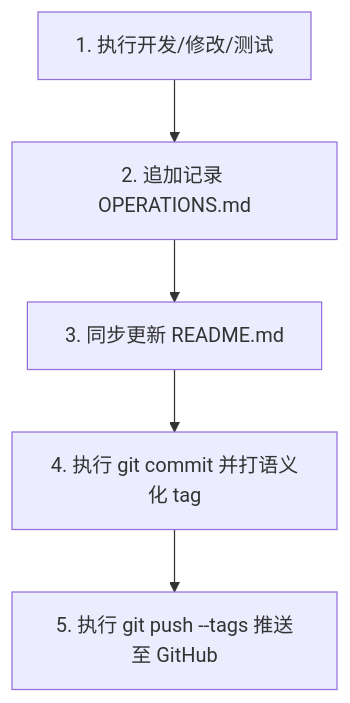
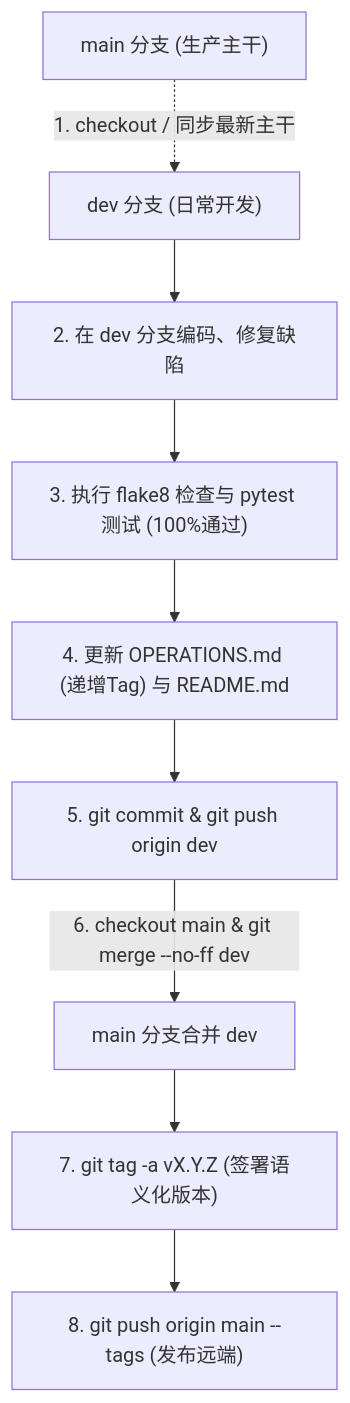
One commit to 6jbw6/Gomoku changed the second of 2 diagrams in OPERATIONS.md. Above: the diagram before and after it, drawn with Mermaid. The commit also changed other lines of this file and 1 other file, not shown here.

Commit message:
docs: 建立 main + dev 双分支开发工作流规范 (v1.0.9)

````diff
--- a/OPERATIONS.md
+++ b/OPERATIONS.md
@@ -185,7 +221,11 @@
 ```mermaid
 flowchart TD
-    A["1. 执行开发/修改/测试"] --> B["2. 追加记录 OPERATIONS.md"]
-    B --> C["3. 同步更新 README.md"]
-    C --> D["4. 执行 git commit 并打语义化 tag"]
-    D --> E["5. 执行 git push --tags 推送至 GitHub"]
+    M_START["main 分支 (生产主干)"] -.->|"1. checkout / 同步最新主干"| D_START["dev 分支 (日常开发)"]
+    D_START --> D_CODE["2. 在 dev 分支编码、修复缺陷"]
+    D_CODE --> D_TEST["3. 执行 flake8 检查与 pytest 测试 (100%通过)"]
+    D_TEST --> D_DOCS["4. 更新 OPERATIONS.md (递增Tag) 与 README.md"]
+    D_DOCS --> D_COMMIT["5. git commit & git push origin dev"]
+    D_COMMIT -->|"6. checkout main & git merge --no-ff dev"| M_MERGE["main 分支合并 dev"]
+    M_MERGE --> M_TAG["7. git tag -a vX.Y.Z (签署语义化版本)"]
+    M_TAG --> M_PUSH["8. git push origin main --tags (发布远端)"]
 ```
````
